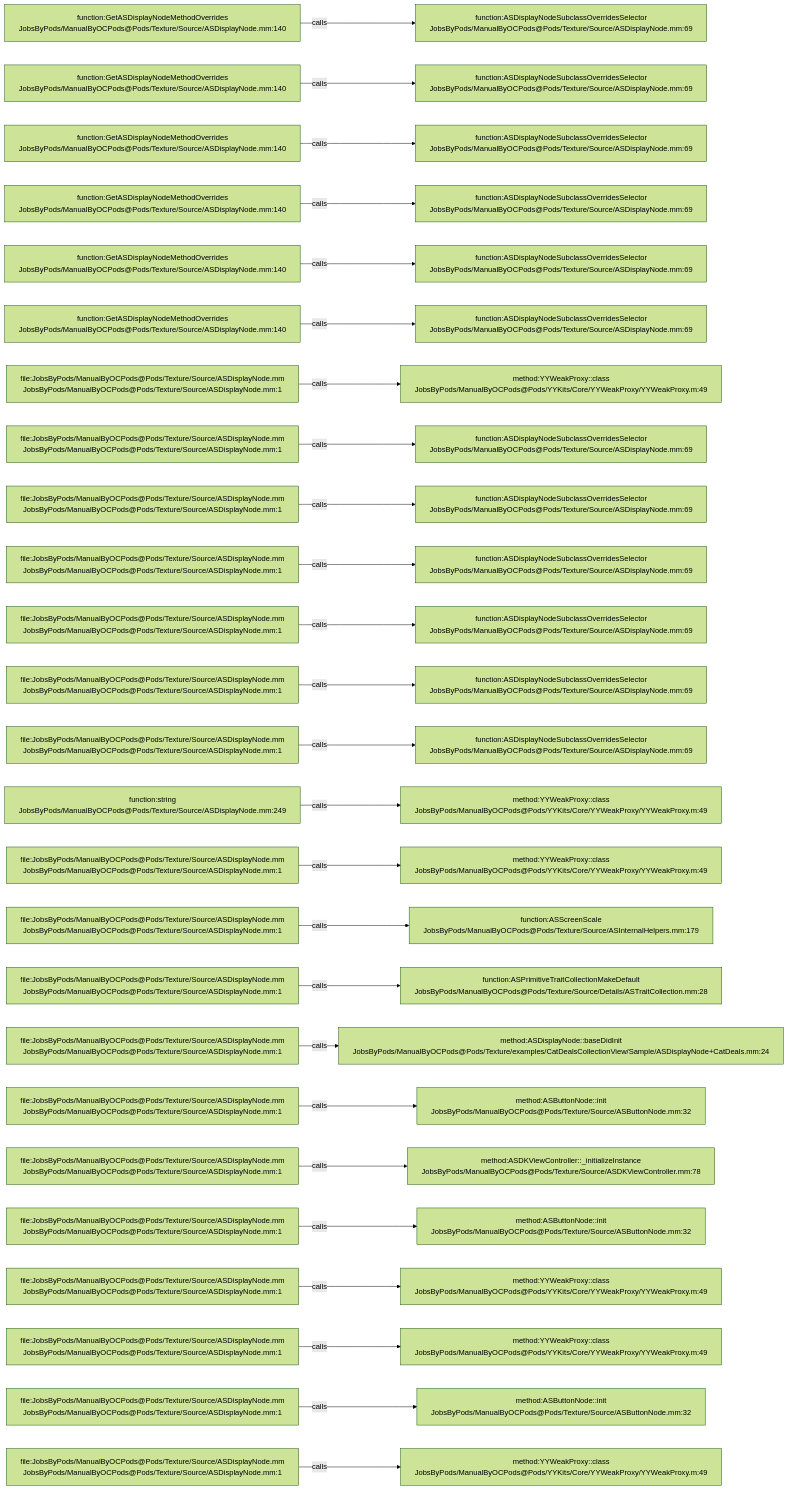
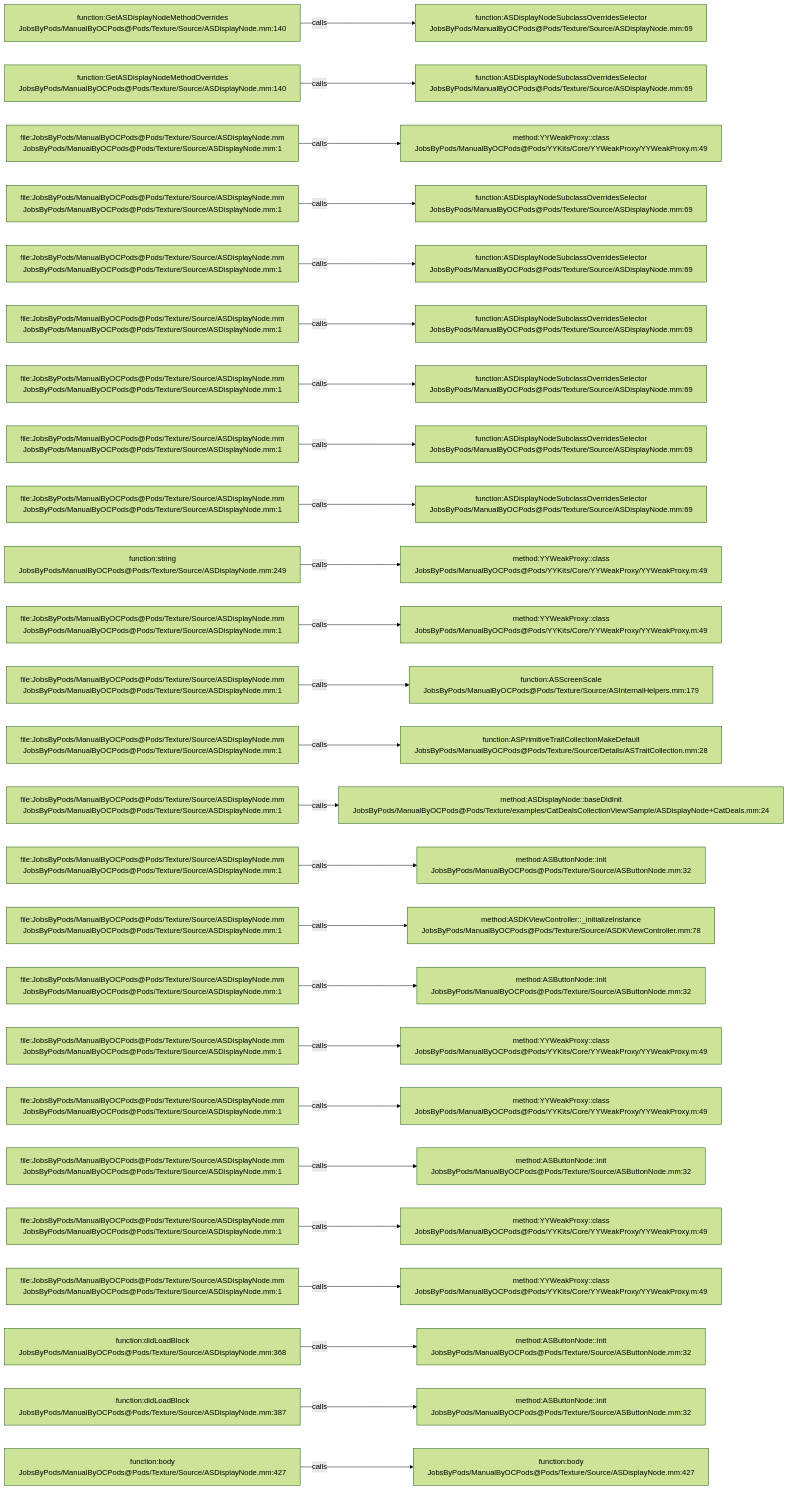
The diagram in .codegraph/codegraph.md/graphs/calls-094.md (JobsKits/JobsOCBaseConfigDemo), drawn with Mermaid (forest theme) before and after one commit. The commit also changed 727 other files, not shown here.

````diff
--- a/.codegraph/codegraph.md/graphs/calls-094.md
+++ b/.codegraph/codegraph.md/graphs/calls-094.md
@@ -13,78 +13,78 @@
 ```mermaid
 flowchart LR
   S1["function:GetASDisplayNodeMethodOverrides<br/>JobsByPods/ManualByOCPods@Pods/Texture/Source/ASDisplayNode.mm:140"]
   T1["function:ASDisplayNodeSubclassOverridesSelector<br/>JobsByPods/ManualByOCPods@Pods/Texture/Source/ASDisplayNode.mm:69"]
   S1 -->|calls| T1
   S2["function:GetASDisplayNodeMethodOverrides<br/>JobsByPods/ManualByOCPods@Pods/Texture/Source/ASDisplayNode.mm:140"]
   T2["function:ASDisplayNodeSubclassOverridesSelector<br/>JobsByPods/ManualByOCPods@Pods/Texture/Source/ASDisplayNode.mm:69"]
   S2 -->|calls| T2
-  S3["function:GetASDisplayNodeMethodOverrides<br/>JobsByPods/ManualByOCPods@Pods/Texture/Source/ASDisplayNode.mm:140"]
-  T3["function:ASDisplayNodeSubclassOverridesSelector<br/>JobsByPods/ManualByOCPods@Pods/Texture/Source/ASDisplayNode.mm:69"]
+  S3["file:JobsByPods/ManualByOCPods@Pods/Texture/Source/ASDisplayNode.mm<br/>JobsByPods/ManualByOCPods@Pods/Texture/Source/ASDisplayNode.mm:1"]
+  T3["method:YYWeakProxy::class<br/>JobsByPods/ManualByOCPods@Pods/YYKits/Core/YYWeakProxy/YYWeakProxy.m:49"]
   S3 -->|calls| T3
-  S4["function:GetASDisplayNodeMethodOverrides<br/>JobsByPods/ManualByOCPods@Pods/Texture/Source/ASDisplayNode.mm:140"]
+  S4["file:JobsByPods/ManualByOCPods@Pods/Texture/Source/ASDisplayNode.mm<br/>JobsByPods/ManualByOCPods@Pods/Texture/Source/ASDisplayNode.mm:1"]
   T4["function:ASDisplayNodeSubclassOverridesSelector<br/>JobsByPods/ManualByOCPods@Pods/Texture/Source/ASDisplayNode.mm:69"]
   S4 -->|calls| T4
-  S5["function:GetASDisplayNodeMethodOverrides<br/>JobsByPods/ManualByOCPods@Pods/Texture/Source/ASDisplayNode.mm:140"]
+  S5["file:JobsByPods/ManualByOCPods@Pods/Texture/Source/ASDisplayNode.mm<br/>JobsByPods/ManualByOCPods@Pods/Texture/Source/ASDisplayNode.mm:1"]
   T5["function:ASDisplayNodeSubclassOverridesSelector<br/>JobsByPods/ManualByOCPods@Pods/Texture/Source/ASDisplayNode.mm:69"]
   S5 -->|calls| T5
-  S6["function:GetASDisplayNodeMethodOverrides<br/>JobsByPods/ManualByOCPods@Pods/Texture/Source/ASDisplayNode.mm:140"]
+  S6["file:JobsByPods/ManualByOCPods@Pods/Texture/Source/ASDisplayNode.mm<br/>JobsByPods/ManualByOCPods@Pods/Texture/Source/ASDisplayNode.mm:1"]
   T6["function:ASDisplayNodeSubclassOverridesSelector<br/>JobsByPods/ManualByOCPods@Pods/Texture/Source/ASDisplayNode.mm:69"]
   S6 -->|calls| T6
   S7["file:JobsByPods/ManualByOCPods@Pods/Texture/Source/ASDisplayNode.mm<br/>JobsByPods/ManualByOCPods@Pods/Texture/Source/ASDisplayNode.mm:1"]
-  T7["method:YYWeakProxy::class<br/>JobsByPods/ManualByOCPods@Pods/YYKits/Core/YYWeakProxy/YYWeakProxy.m:49"]
+  T7["function:ASDisplayNodeSubclassOverridesSelector<br/>JobsByPods/ManualByOCPods@Pods/Texture/Source/ASDisplayNode.mm:69"]
   S7 -->|calls| T7
   S8["file:JobsByPods/ManualByOCPods@Pods/Texture/Source/ASDisplayNode.mm<br/>JobsByPods/ManualByOCPods@Pods/Texture/Source/ASDisplayNode.mm:1"]
   T8["function:ASDisplayNodeSubclassOverridesSelector<br/>JobsByPods/ManualByOCPods@Pods/Texture/Source/ASDisplayNode.mm:69"]
   S8 -->|calls| T8
   S9["file:JobsByPods/ManualByOCPods@Pods/Texture/Source/ASDisplayNode.mm<br/>JobsByPods/ManualByOCPods@Pods/Texture/Source/ASDisplayNode.mm:1"]
   T9["function:ASDisplayNodeSubclassOverridesSelector<br/>JobsByPods/ManualByOCPods@Pods/Texture/Source/ASDisplayNode.mm:69"]
   S9 -->|calls| T9
-  S10["file:JobsByPods/ManualByOCPods@Pods/Texture/Source/ASDisplayNode.mm<br/>JobsByPods/ManualByOCPods@Pods/Texture/Source/ASDisplayNode.mm:1"]
-  T10["function:ASDisplayNodeSubclassOverridesSelector<br/>JobsByPods/ManualByOCPods@Pods/Texture/Source/ASDisplayNode.mm:69"]
+  S10["function:string<br/>JobsByPods/ManualByOCPods@Pods/Texture/Source/ASDisplayNode.mm:249"]
+  T10["method:YYWeakProxy::class<br/>JobsByPods/ManualByOCPods@Pods/YYKits/Core/YYWeakProxy/YYWeakProxy.m:49"]
   S10 -->|calls| T10
   S11["file:JobsByPods/ManualByOCPods@Pods/Texture/Source/ASDisplayNode.mm<br/>JobsByPods/ManualByOCPods@Pods/Texture/Source/ASDisplayNode.mm:1"]
-  T11["function:ASDisplayNodeSubclassOverridesSelector<br/>JobsByPods/ManualByOCPods@Pods/Texture/Source/ASDisplayNode.mm:69"]
+  T11["method:YYWeakProxy::class<br/>JobsByPods/ManualByOCPods@Pods/YYKits/Core/YYWeakProxy/YYWeakProxy.m:49"]
   S11 -->|calls| T11
   S12["file:JobsByPods/ManualByOCPods@Pods/Texture/Source/ASDisplayNode.mm<br/>JobsByPods/ManualByOCPods@Pods/Texture/Source/ASDisplayNode.mm:1"]
-  T12["function:ASDisplayNodeSubclassOverridesSelector<br/>JobsByPods/ManualByOCPods@Pods/Texture/Source/ASDisplayNode.mm:69"]
+  T12["function:ASScreenScale<br/>JobsByPods/ManualByOCPods@Pods/Texture/Source/ASInternalHelpers.mm:179"]
   S12 -->|calls| T12
   S13["file:JobsByPods/ManualByOCPods@Pods/Texture/Source/ASDisplayNode.mm<br/>JobsByPods/ManualByOCPods@Pods/Texture/Source/ASDisplayNode.mm:1"]
-  T13["function:ASDisplayNodeSubclassOverridesSelector<br/>JobsByPods/ManualByOCPods@Pods/Texture/Source/ASDisplayNode.mm:69"]
+  T13["function:ASPrimitiveTraitCollectionMakeDefault<br/>JobsByPods/ManualByOCPods@Pods/Texture/Source/Details/ASTraitCollection.mm:28"]
   S13 -->|calls| T13
-  S14["function:string<br/>JobsByPods/ManualByOCPods@Pods/Texture/Source/ASDisplayNode.mm:249"]
-  T14["method:YYWeakProxy::class<br/>JobsByPods/ManualByOCPods@Pods/YYKits/Core/YYWeakProxy/YYWeakProxy.m:49"]
+  S14["file:JobsByPods/ManualByOCPods@Pods/Texture/Source/ASDisplayNode.mm<br/>JobsByPods/ManualByOCPods@Pods/Texture/Source/ASDisplayNode.mm:1"]
+  T14["method:ASDisplayNode::baseDidInit<br/>JobsByPods/ManualByOCPods@Pods/Texture/examples/CatDealsCollectionView/Sample/ASDisplayNode+CatDeals.mm:24"]
   S14 -->|calls| T14
   S15["file:JobsByPods/ManualByOCPods@Pods/Texture/Source/ASDisplayNode.mm<br/>JobsByPods/ManualByOCPods@Pods/Texture/Source/ASDisplayNode.mm:1"]
-  T15["method:YYWeakProxy::class<br/>JobsByPods/ManualByOCPods@Pods/YYKits/Core/YYWeakProxy/YYWeakProxy.m:49"]
+  T15["method:ASButtonNode::init<br/>JobsByPods/ManualByOCPods@Pods/Texture/Source/ASButtonNode.mm:32"]
   S15 -->|calls| T15
   S16["file:JobsByPods/ManualByOCPods@Pods/Texture/Source/ASDisplayNode.mm<br/>JobsByPods/ManualByOCPods@Pods/Texture/Source/ASDisplayNode.mm:1"]
-  T16["function:ASScreenScale<br/>JobsByPods/ManualByOCPods@Pods/Texture/Source/ASInternalHelpers.mm:179"]
+  T16["method:ASDKViewController::_initializeInstance<br/>JobsByPods/ManualByOCPods@Pods/Texture/Source/ASDKViewController.mm:78"]
   S16 -->|calls| T16
   S17["file:JobsByPods/ManualByOCPods@Pods/Texture/Source/ASDisplayNode.mm<br/>JobsByPods/ManualByOCPods@Pods/Texture/Source/ASDisplayNode.mm:1"]
-  T17["function:ASPrimitiveTraitCollectionMakeDefault<br/>JobsByPods/ManualByOCPods@Pods/Texture/Source/Details/ASTraitCollection.mm:28"]
+  T17["method:ASButtonNode::init<br/>JobsByPods/ManualByOCPods@Pods/Texture/Source/ASButtonNode.mm:32"]
   S17 -->|calls| T17
   S18["file:JobsByPods/ManualByOCPods@Pods/Texture/Source/ASDisplayNode.mm<br/>JobsByPods/ManualByOCPods@Pods/Texture/Source/ASDisplayNode.mm:1"]
-  T18["method:ASDisplayNode::baseDidInit<br/>JobsByPods/ManualByOCPods@Pods/Texture/examples/CatDealsCollectionView/Sample/ASDisplayNode+CatDeals.mm:24"]
+  T18["method:YYWeakProxy::class<br/>JobsByPods/ManualByOCPods@Pods/YYKits/Core/YYWeakProxy/YYWeakProxy.m:49"]
   S18 -->|calls| T18
   S19["file:JobsByPods/ManualByOCPods@Pods/Texture/Source/ASDisplayNode.mm<br/>JobsByPods/ManualByOCPods@Pods/Texture/Source/ASDisplayNode.mm:1"]
-  T19["method:ASButtonNode::init<br/>JobsByPods/ManualByOCPods@Pods/Texture/Source/ASButtonNode.mm:32"]
+  T19["method:YYWeakProxy::class<br/>JobsByPods/ManualByOCPods@Pods/YYKits/Core/YYWeakProxy/YYWeakProxy.m:49"]
   S19 -->|calls| T19
   S20["file:JobsByPods/ManualByOCPods@Pods/Texture/Source/ASDisplayNode.mm<br/>JobsByPods/ManualByOCPods@Pods/Texture/Source/ASDisplayNode.mm:1"]
-  T20["method:ASDKViewController::_initializeInstance<br/>JobsByPods/ManualByOCPods@Pods/Texture/Source/ASDKViewController.mm:78"]
+  T20["method:ASButtonNode::init<br/>JobsByPods/ManualByOCPods@Pods/Texture/Source/ASButtonNode.mm:32"]
   S20 -->|calls| T20
   S21["file:JobsByPods/ManualByOCPods@Pods/Texture/Source/ASDisplayNode.mm<br/>JobsByPods/ManualByOCPods@Pods/Texture/Source/ASDisplayNode.mm:1"]
-  T21["method:ASButtonNode::init<br/>JobsByPods/ManualByOCPods@Pods/Texture/Source/ASButtonNode.mm:32"]
+  T21["method:YYWeakProxy::class<br/>JobsByPods/ManualByOCPods@Pods/YYKits/Core/YYWeakProxy/YYWeakProxy.m:49"]
   S21 -->|calls| T21
   S22["file:JobsByPods/ManualByOCPods@Pods/Texture/Source/ASDisplayNode.mm<br/>JobsByPods/ManualByOCPods@Pods/Texture/Source/ASDisplayNode.mm:1"]
   T22["method:YYWeakProxy::class<br/>JobsByPods/ManualByOCPods@Pods/YYKits/Core/YYWeakProxy/YYWeakProxy.m:49"]
   S22 -->|calls| T22
-  S23["file:JobsByPods/ManualByOCPods@Pods/Texture/Source/ASDisplayNode.mm<br/>JobsByPods/ManualByOCPods@Pods/Texture/Source/ASDisplayNode.mm:1"]
-  T23["method:YYWeakProxy::class<br/>JobsByPods/ManualByOCPods@Pods/YYKits/Core/YYWeakProxy/YYWeakProxy.m:49"]
+  S23["function:didLoadBlock<br/>JobsByPods/ManualByOCPods@Pods/Texture/Source/ASDisplayNode.mm:368"]
+  T23["method:ASButtonNode::init<br/>JobsByPods/ManualByOCPods@Pods/Texture/Source/ASButtonNode.mm:32"]
   S23 -->|calls| T23
-  S24["file:JobsByPods/ManualByOCPods@Pods/Texture/Source/ASDisplayNode.mm<br/>JobsByPods/ManualByOCPods@Pods/Texture/Source/ASDisplayNode.mm:1"]
+  S24["function:didLoadBlock<br/>JobsByPods/ManualByOCPods@Pods/Texture/Source/ASDisplayNode.mm:387"]
   T24["method:ASButtonNode::init<br/>JobsByPods/ManualByOCPods@Pods/Texture/Source/ASButtonNode.mm:32"]
   S24 -->|calls| T24
-  S25["file:JobsByPods/ManualByOCPods@Pods/Texture/Source/ASDisplayNode.mm<br/>JobsByPods/ManualByOCPods@Pods/Texture/Source/ASDisplayNode.mm:1"]
-  T25["method:YYWeakProxy::class<br/>JobsByPods/ManualByOCPods@Pods/YYKits/Core/YYWeakProxy/YYWeakProxy.m:49"]
+  S25["function:body<br/>JobsByPods/ManualByOCPods@Pods/Texture/Source/ASDisplayNode.mm:427"]
+  T25["function:body<br/>JobsByPods/ManualByOCPods@Pods/Texture/Source/ASDisplayNode.mm:427"]
   S25 -->|calls| T25
 ```
````
